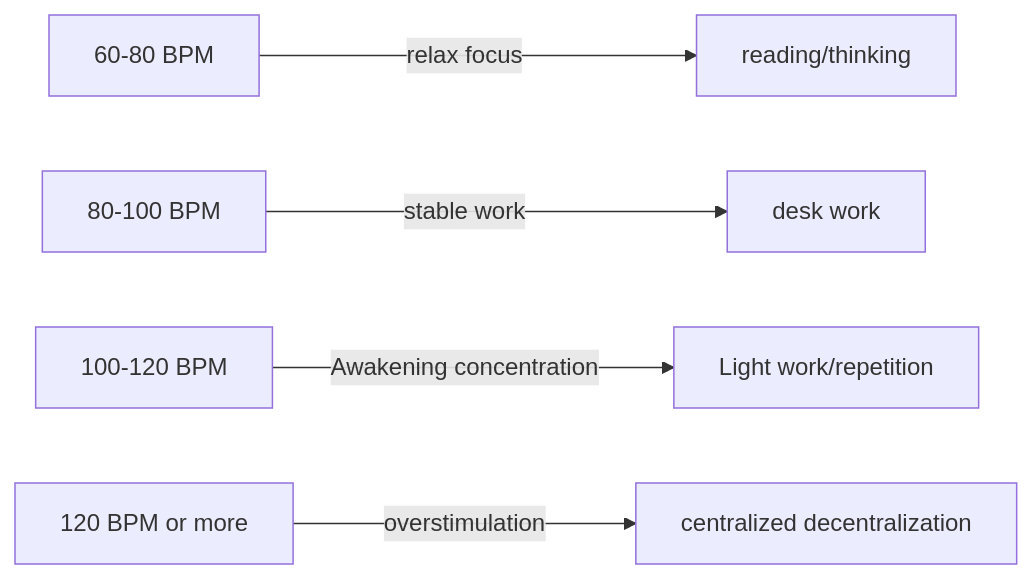
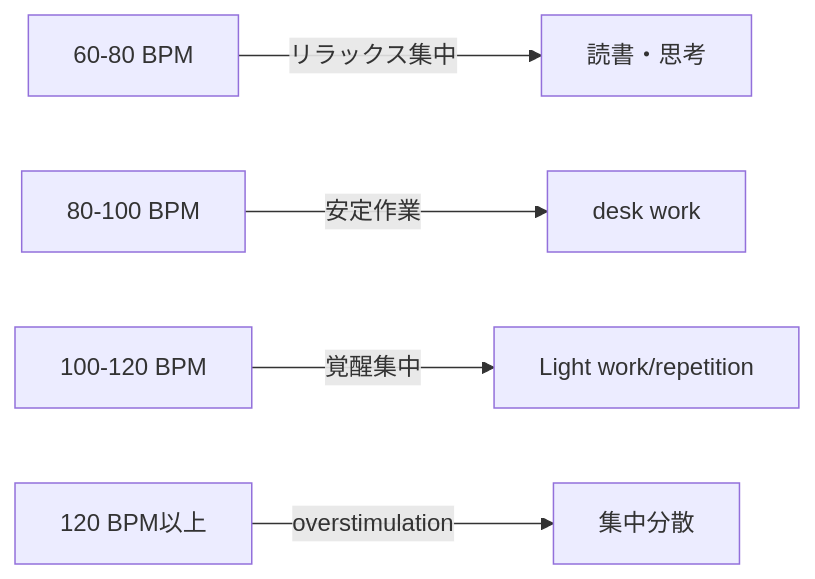
Before and after one commit to monumental-movement/monumental-movement.github.io: the third of 6 diagrams in en/_posts/2026-04-11-column-concentration-music-relation.md, drawn with Mermaid. The commit also changed other lines of this file and 2196 other files, not shown here.

```diff
--- a/en/_posts/2026-04-11-column-concentration-music-relation.md
+++ b/en/_posts/2026-04-11-column-concentration-music-relation.md
@@ -147,7 +147,7 @@
 <div class="mermaid">
 graph LR
-    A[60-80 BPM] -->|relax focus| B[reading/thinking]
-    C[80-100 BPM] -->|stable work| D[desk work]
-    E[100-120 BPM] -->|Awakening concentration| F[Light work/repetition]
-    G[120 BPM or more] -->|overstimulation| H[centralized decentralization]
+    A[60-80 BPM] -->|リラックス集中| B[読書・思考]
+    C[80-100 BPM] -->|安定作業| D[desk work]
+    E[100-120 BPM] -->|覚醒集中| F[Light work/repetition]
+    G[120 BPM以上] -->|overstimulation| H[集中分散]
 </div>
```
